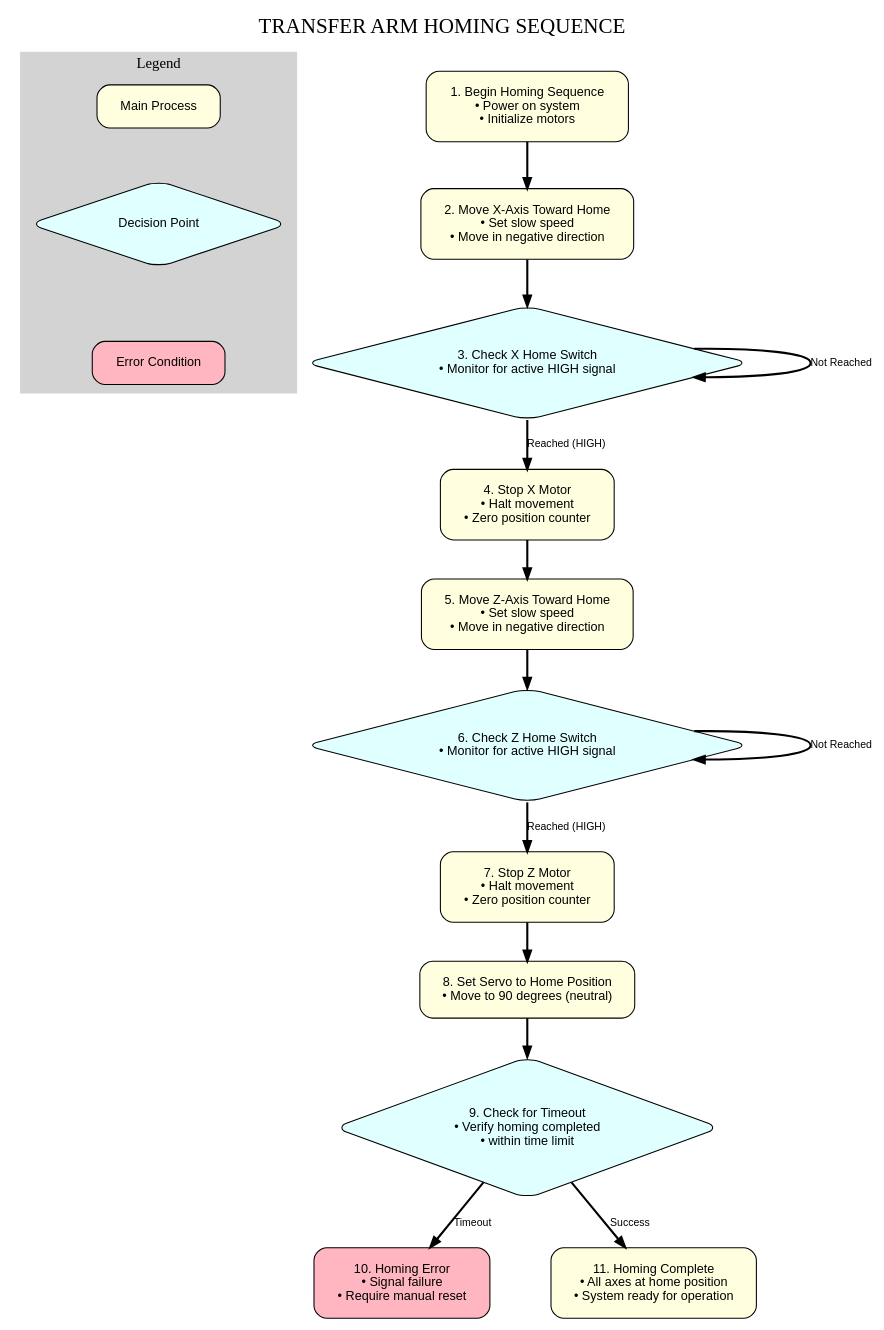
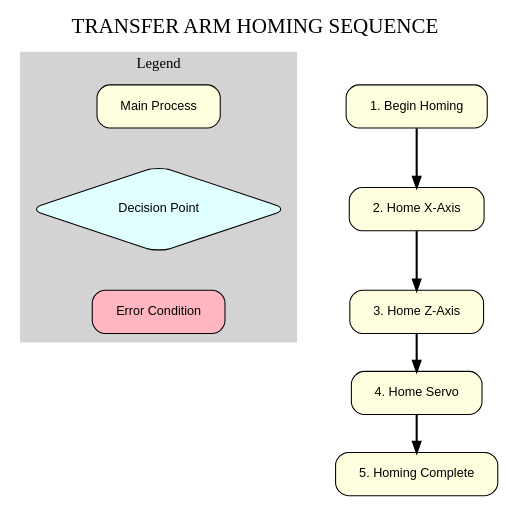
The diagram in homing_flowchart.dot (akivaweil/Transfer-Arm-TA-Mar25), drawn with Graphviz before and after one commit. The commit also changed 3 other files, not shown here.

Commit message:
Simplified flowcharts to basic steps only

```diff
--- a/homing_flowchart.dot
+++ b/homing_flowchart.dot
@@ -1,69 +1,40 @@
 digraph "Transfer_Arm_Homing_Flow" {
     // Graph settings
     graph [fontname="Arial", ranksep=0.5, nodesep=0.8, splines=true];
     node [fontname="Arial", fontsize=12, style="filled,rounded", shape=box, margin="0.3,0.2"];
     edge [fontname="Arial", fontsize=10, penwidth=2];
     
     // Title
     labelloc="t";
     label="TRANSFER ARM HOMING SEQUENCE";
     fontsize=20;
     fontname="Arial Bold";
     
     // Legend
     subgraph cluster_legend {
         label="Legend";
         style=filled;
         color=lightgrey;
         fontsize=14;
         
         legend_main [label="Main Process", fillcolor=lightyellow];
         legend_check [label="Decision Point", fillcolor=lightcyan, shape=diamond];
         legend_error [label="Error Condition", fillcolor=lightpink];
         
         legend_main -> legend_check [style=invis];
         legend_check -> legend_error [style=invis];
     }
 
     // Nodes
-    start_homing [label="1. Begin Homing Sequence\n• Power on system\n• Initialize motors", fillcolor=lightyellow];
-    
-    move_x_to_home [label="2. Move X-Axis Toward Home\n• Set slow speed\n• Move in negative direction", fillcolor=lightyellow];
-    
-    check_x_home [label="3. Check X Home Switch\n• Monitor for active HIGH signal", shape=diamond, fillcolor=lightcyan];
-    
-    stop_x [label="4. Stop X Motor\n• Halt movement\n• Zero position counter", fillcolor=lightyellow];
-    
-    move_z_to_home [label="5. Move Z-Axis Toward Home\n• Set slow speed\n• Move in negative direction", fillcolor=lightyellow];
-    
-    check_z_home [label="6. Check Z Home Switch\n• Monitor for active HIGH signal", shape=diamond, fillcolor=lightcyan];
-    
-    stop_z [label="7. Stop Z Motor\n• Halt movement\n• Zero position counter", fillcolor=lightyellow];
-    
-    move_servo_home [label="8. Set Servo to Home Position\n• Move to 90 degrees (neutral)", fillcolor=lightyellow];
-    
-    check_timeout [label="9. Check for Timeout\n• Verify homing completed\n• within time limit", shape=diamond, fillcolor=lightcyan];
-    
-    homing_error [label="10. Homing Error\n• Signal failure\n• Require manual reset", fillcolor=lightpink];
-    
-    homing_complete [label="11. Homing Complete\n• All axes at home position\n• System ready for operation", fillcolor=lightyellow];
+    start_homing [label="1. Begin Homing", fillcolor=lightyellow];
+    home_x [label="2. Home X-Axis", fillcolor=lightyellow];
+    home_z [label="3. Home Z-Axis", fillcolor=lightyellow];
+    home_servo [label="4. Home Servo", fillcolor=lightyellow];
+    homing_complete [label="5. Homing Complete", fillcolor=lightyellow];
     
     // Edges
-    start_homing -> move_x_to_home;
-    move_x_to_home -> check_x_home;
-    
-    check_x_home -> check_x_home [label="Not Reached", constraint=false];
-    check_x_home -> stop_x [label="Reached (HIGH)"];
-    
-    stop_x -> move_z_to_home;
-    move_z_to_home -> check_z_home;
-    
-    check_z_home -> check_z_home [label="Not Reached", constraint=false];
-    check_z_home -> stop_z [label="Reached (HIGH)"];
-    
-    stop_z -> move_servo_home;
-    move_servo_home -> check_timeout;
-    
-    check_timeout -> homing_error [label="Timeout"];
-    check_timeout -> homing_complete [label="Success"];
+    start_homing -> home_x;
+    home_x -> home_z;
+    home_z -> home_servo;
+    home_servo -> homing_complete;
 } 
```
